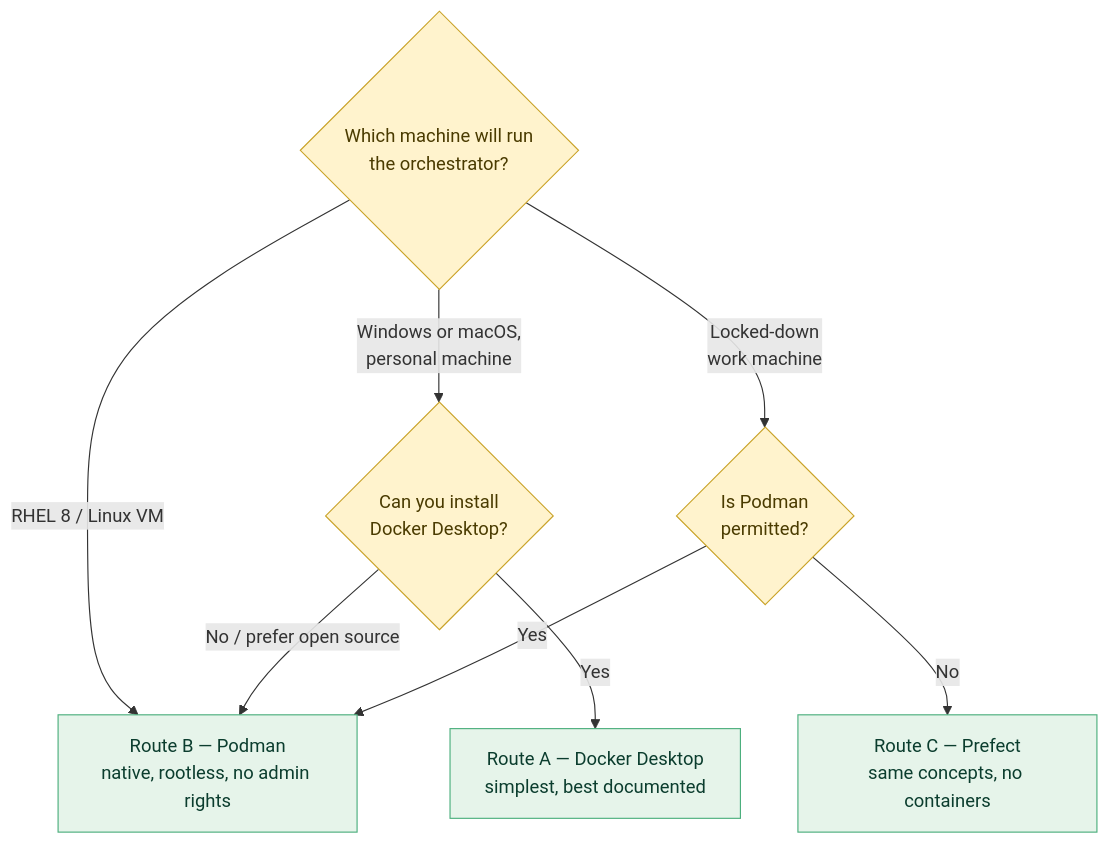
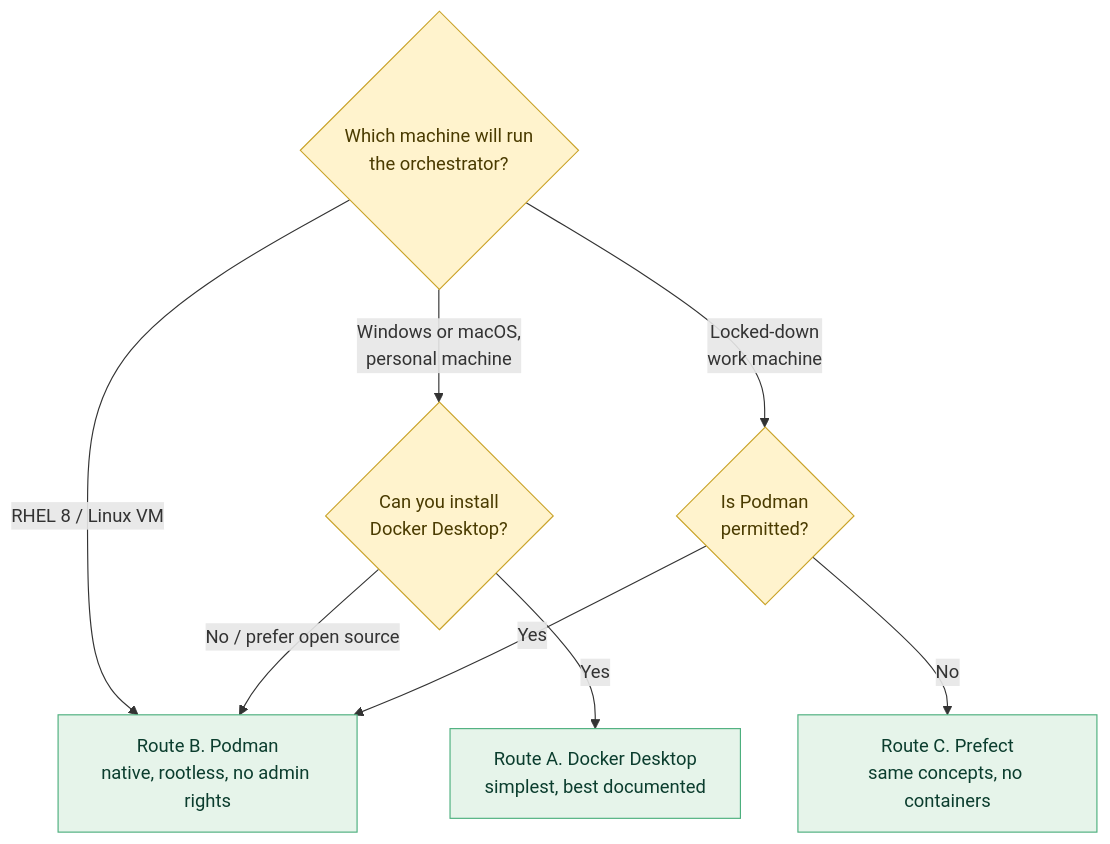
One commit to akannan2987/microbegraph changed the diagram in docs/CONTAINERS.md. Above: the diagram before and after it, drawn with Mermaid. The commit also changed other lines of this file and 17 other files, not shown here.

````diff
--- a/docs/CONTAINERS.md
+++ b/docs/CONTAINERS.md
@@ -390,15 +390,15 @@
 ```mermaid
 flowchart TD
-    A{"Which machine will run<br/>the orchestrator?"} -->|"RHEL 8 / Linux VM"| B["Route B — Podman<br/>native, rootless, no admin rights"]
+    A{"Which machine will run<br/>the orchestrator?"} -->|"RHEL 8 / Linux VM"| B["Route B. Podman<br/>native, rootless, no admin rights"]
     A -->|"Windows or macOS,<br/>personal machine"| C{"Can you install<br/>Docker Desktop?"}
     A -->|"Locked-down<br/>work machine"| D{"Is Podman<br/>permitted?"}
-    C -->|Yes| E["Route A — Docker Desktop<br/>simplest, best documented"]
+    C -->|Yes| E["Route A. Docker Desktop<br/>simplest, best documented"]
     C -->|"No / prefer open source"| B
     D -->|Yes| B
-    D -->|No| F["Route C — Prefect<br/>same concepts, no containers"]
+    D -->|No| F["Route C. Prefect<br/>same concepts, no containers"]
 
     classDef choice fill:#FFF3CD,stroke:#C9A227,color:#4A3B00;
     classDef route fill:#E6F4EA,stroke:#4CAF7D,color:#0B3D2E;
     class A,C,D choice
     class B,E,F route
 ```
````
